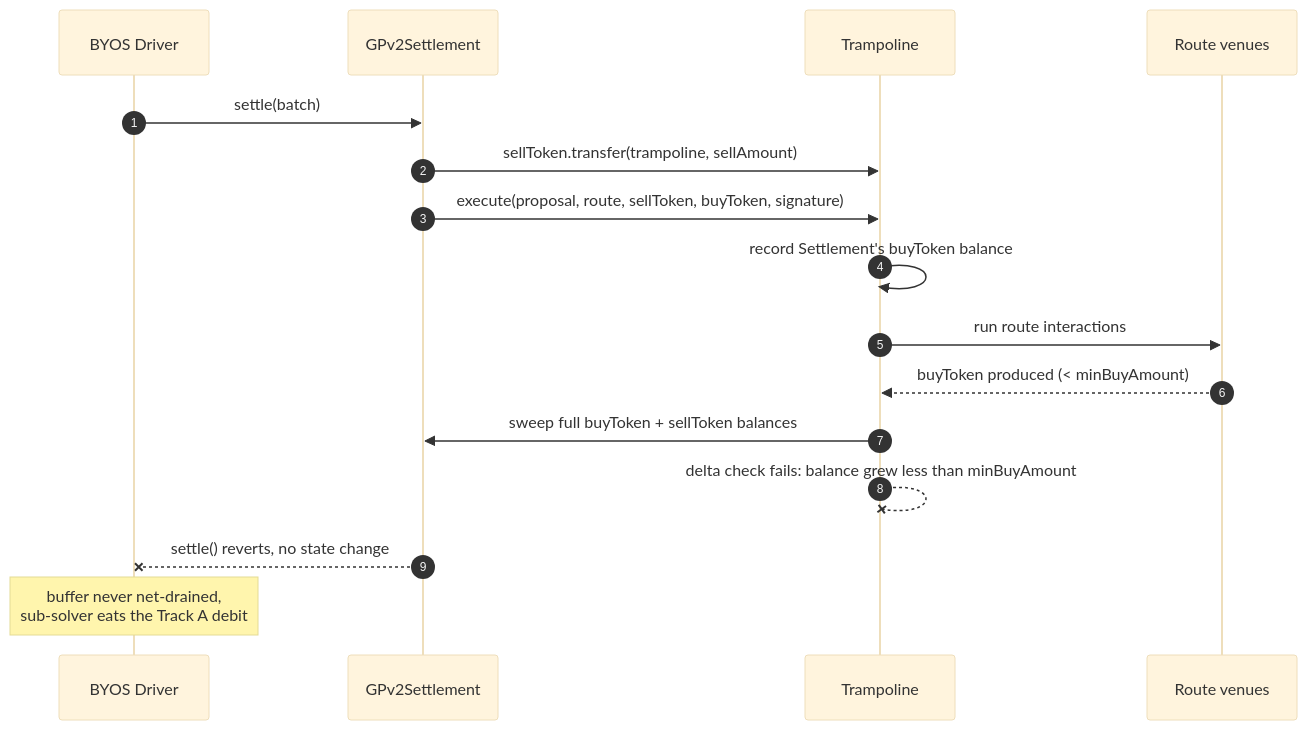
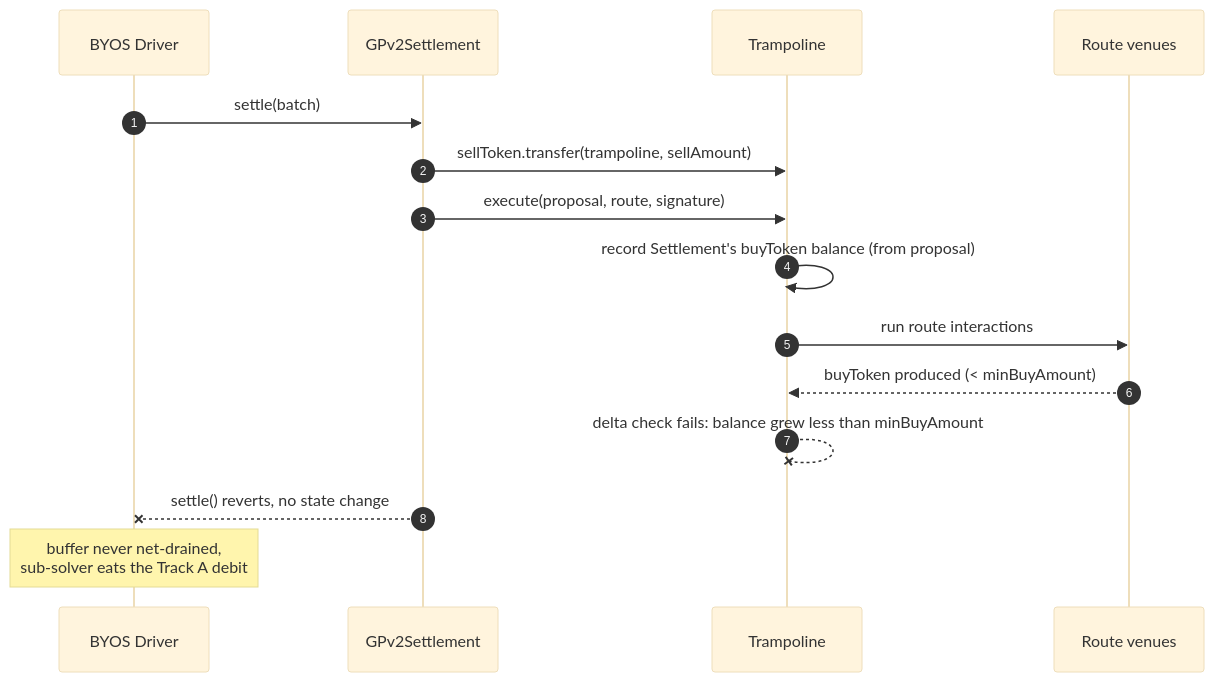
Before and after one commit to bleu/byos-docs: the second of 4 diagrams in design-document.md, drawn with Mermaid (base theme). The commit also changed other lines of this file and 2 other files, not shown here.

First line of the commit message:
docs: update proposal schema and execute signature for token binding (COW-1272)

````diff
--- a/design-document.md
+++ b/design-document.md
@@ -149,19 +148,18 @@
 ```mermaid
 sequenceDiagram
     autonumber
     participant D as BYOS Driver
     participant S as GPv2Settlement
     participant T as Trampoline
     participant R as Route venues
 
     D->>S: settle(batch)
     S->>T: sellToken.transfer(trampoline, sellAmount)
-    S->>T: execute(proposal, route, sellToken, buyToken, signature)
-    T->>T: record Settlement's buyToken balance
+    S->>T: execute(proposal, route, signature)
+    T->>T: record Settlement's buyToken balance (from proposal)
     T->>R: run route interactions
     R-->>T: buyToken produced (< minBuyAmount)
-    T->>S: sweep full buyToken + sellToken balances
     T--xT: delta check fails: balance grew less than minBuyAmount
     S--xD: settle() reverts, no state change
     Note over D: buffer never net-drained,<br/>sub-solver eats the Track A debit
 ```
````
